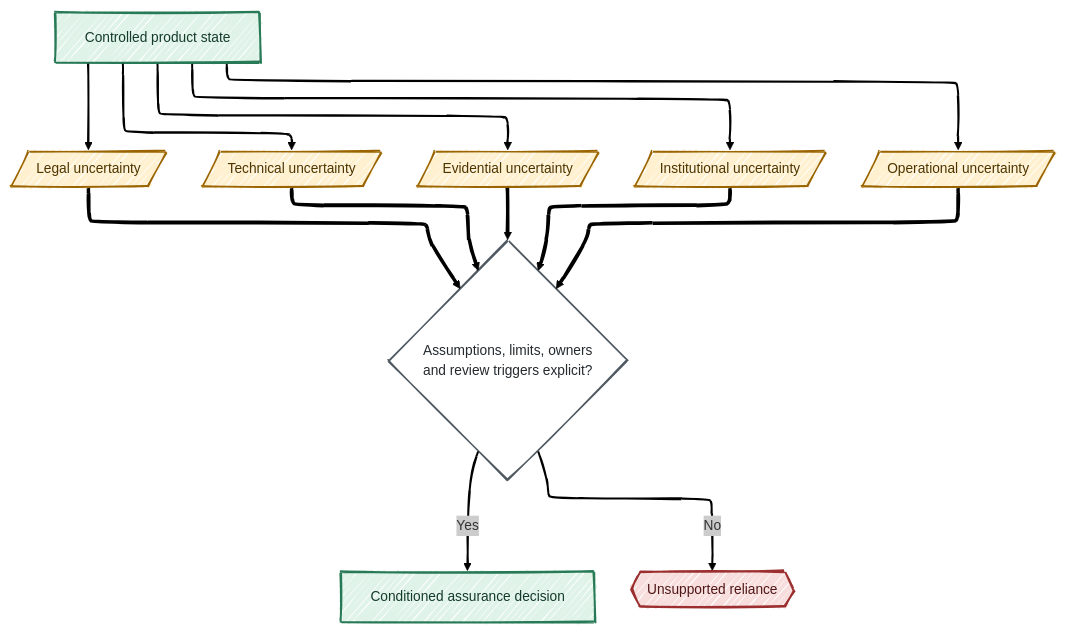
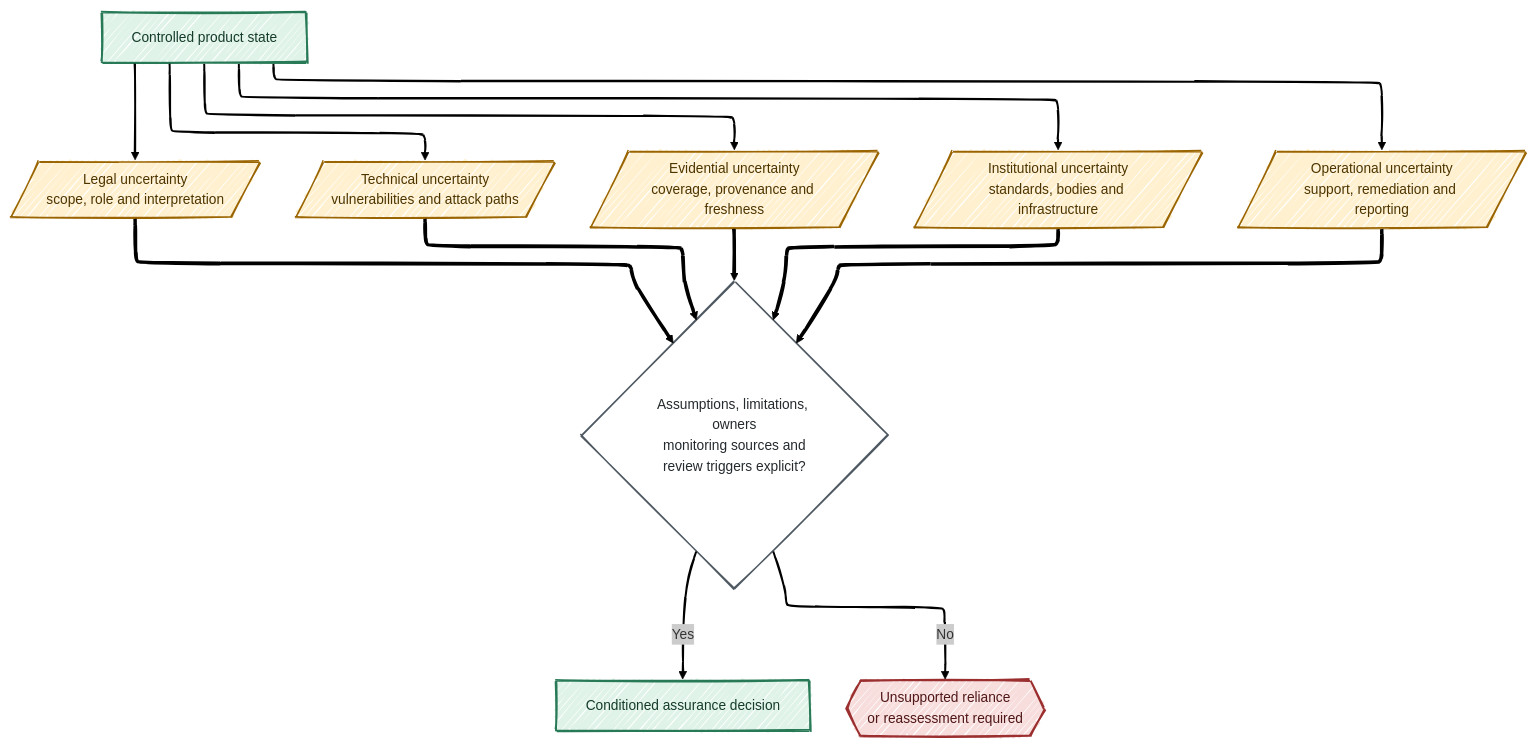
Before and after one commit to antomon/antomon.github.io: diagram 16 of 18 in longforms/cyber-resilience-act-the-new-product-security-baseline/index.qmd, drawn with Mermaid. The commit also changed other lines of this file and 54 other files, not shown here.

````diff
--- a/longforms/cyber-resilience-act-the-new-product-security-baseline/index.qmd
+++ b/longforms/cyber-resilience-act-the-new-product-security-baseline/index.qmd
@@ -1223,36 +3078,40 @@
 ```{mermaid}
 %%| label: fig-cyber-resilience-act-the-new-product-security-baseline-uncertainty-layers
-%%| fig-cap: "A defensible CRA decision makes legal, technical, evidential, institutional, and operational uncertainty explicit."
-%%| fig-alt: "A controlled product state is surrounded by five amber uncertainty nodes: legal, technical, evidential, institutional, and operational. They feed a decision asking whether assumptions, owners, limits, and reassessment triggers are documented. A positive result produces a conditioned assurance decision; an unsupported claim is blocked."
+%%| fig-cap: "A defensible CRA decision makes legal, technical, evidential, institutional, and operational uncertainty explicit rather than hiding it behind a binary compliance label."
+%%| fig-alt: "A controlled product state connects to five amber uncertainty categories: legal, technical, evidential, institutional, and operational. These feed a decision asking whether assumptions, limitations, responsible owners, monitoring sources, and review triggers are explicit. Where they are controlled, a conditioned assurance decision can be made. Where material assumptions or evidence remain unsupported, the decision is blocked or reassessed."
 %%| fig-align: center
 %%{init: {"theme": "neo", "look": "handDrawn", "layout": "elk"}}%%
 flowchart TB
     STATE[Controlled product state]:::product
-    LEGAL[/Legal uncertainty/]:::overlay
-    TECH[/Technical uncertainty/]:::overlay
-    EVIDENCE[/Evidential uncertainty/]:::overlay
-    INSTITUTION[/Institutional uncertainty/]:::overlay
-    OPERATIONS[/Operational uncertainty/]:::overlay
 
-    TEST{Assumptions, limits, owners<br/>and review triggers explicit?}:::test
+    LEGAL[/Legal uncertainty<br/>scope, role and interpretation/]:::overlay
+    TECH[/Technical uncertainty<br/>vulnerabilities and attack paths/]:::overlay
+    EVIDENCE[/Evidential uncertainty<br/>coverage, provenance and freshness/]:::overlay
+    INSTITUTION[/Institutional uncertainty<br/>standards, bodies and infrastructure/]:::overlay
+    OPERATIONS[/Operational uncertainty<br/>support, remediation and reporting/]:::overlay
+
+    TEST{Assumptions, limitations, owners<br/>monitoring sources and<br/>review triggers explicit?}:::test
+
     DECISION[Conditioned assurance decision]:::product
-    BLOCK{{Unsupported reliance}}:::enforcement
+    BLOCK{{Unsupported reliance<br/>or reassessment required}}:::enforcement
 
     STATE --> LEGAL
     STATE --> TECH
     STATE --> EVIDENCE
     STATE --> INSTITUTION
     STATE --> OPERATIONS
+
     LEGAL ==> TEST
     TECH ==> TEST
     EVIDENCE ==> TEST
     INSTITUTION ==> TEST
     OPERATIONS ==> TEST
+
     TEST -- Yes --> DECISION
     TEST -- No --> BLOCK
 
     classDef product fill:#dff3e8,stroke:#287a57,stroke-width:2px,color:#153b2b;
     classDef overlay fill:#fff0cf,stroke:#9a6500,stroke-width:1.5px,color:#4d3500;
     classDef test fill:#ffffff,stroke:#4f5962,stroke-width:1.5px,color:#252a2e;
     classDef enforcement fill:#f8dddd,stroke:#9b2f2f,stroke-width:2px,color:#501717;
 ```
````
